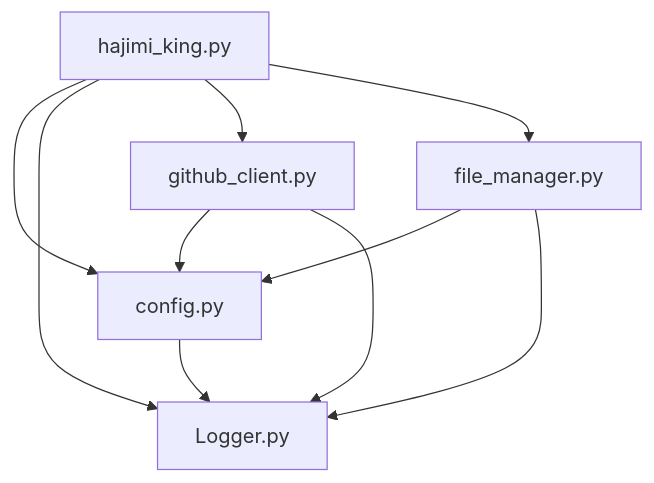
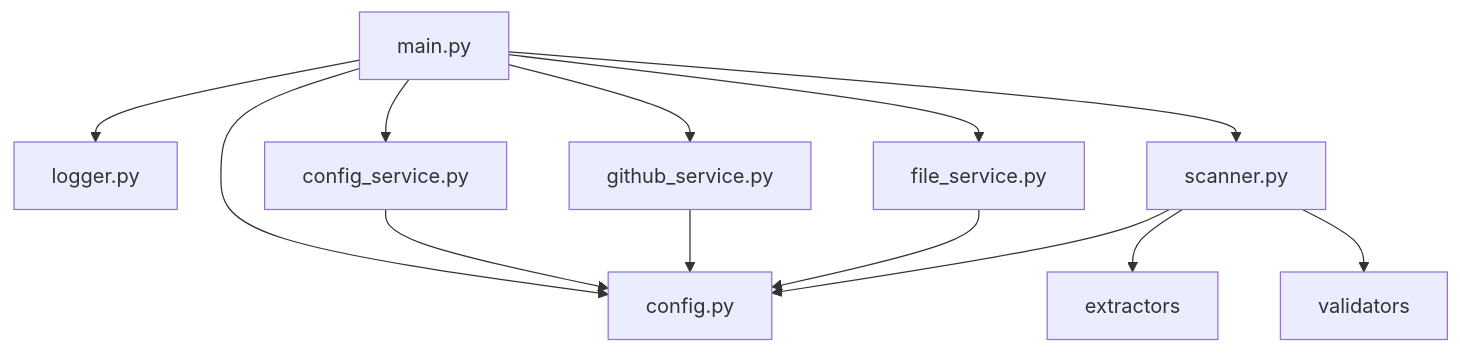
Before and after one commit to james-6-23/APIKEY-king: the seventh of 7 diagrams in .qoder/repowiki/zh/content/开发者指南/代码架构与模块设计/代码架构与模块设计.md, drawn with Mermaid. The commit also changed other lines of this file and 49 other files, not shown here.

````diff
--- a/.qoder/repowiki/zh/content/开发者指南/代码架构与模块设计/代码架构与模块设计.md
+++ b/.qoder/repowiki/zh/content/开发者指南/代码架构与模块设计/代码架构与模块设计.md
@@ -343,12 +334,15 @@
 ```mermaid
 graph TD
-A[hajimi_king.py] --> B[config.py]
-A --> C[Logger.py]
-A --> D[github_client.py]
-A --> E[file_manager.py]
+A[main.py] --> B[config.py]
+A --> C[logger.py]
+A --> D[config_service.py]
+A --> E[github_service.py]
+A --> F[file_service.py]
+A --> G[scanner.py]
 D --> B
-D --> C
 E --> B
-E --> C
-B --> C
+F --> B
+G --> B
+G --> H[extractors]
+G --> I[validators]
 ```
````
